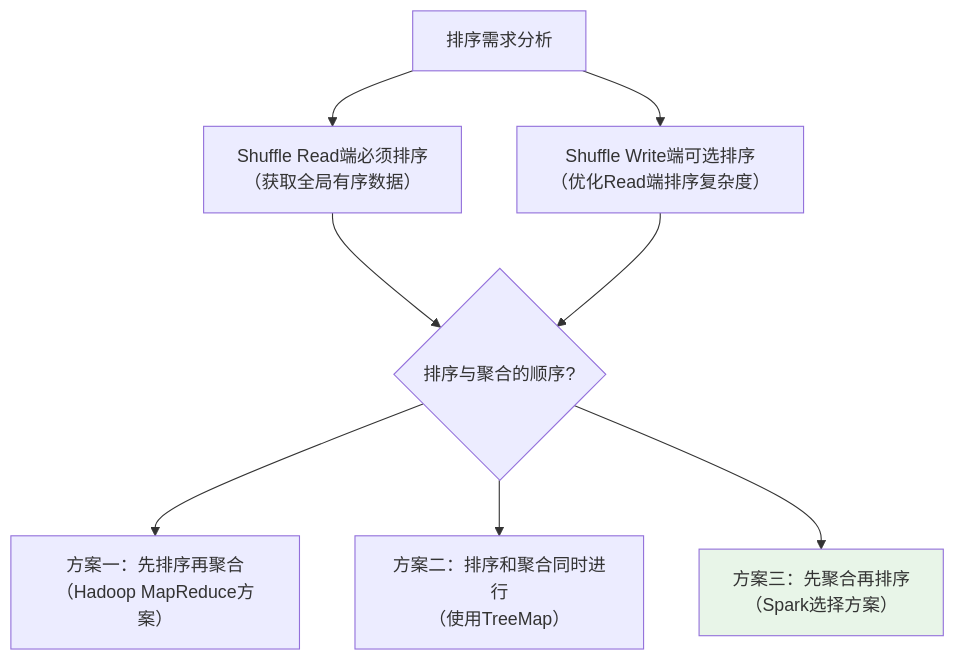
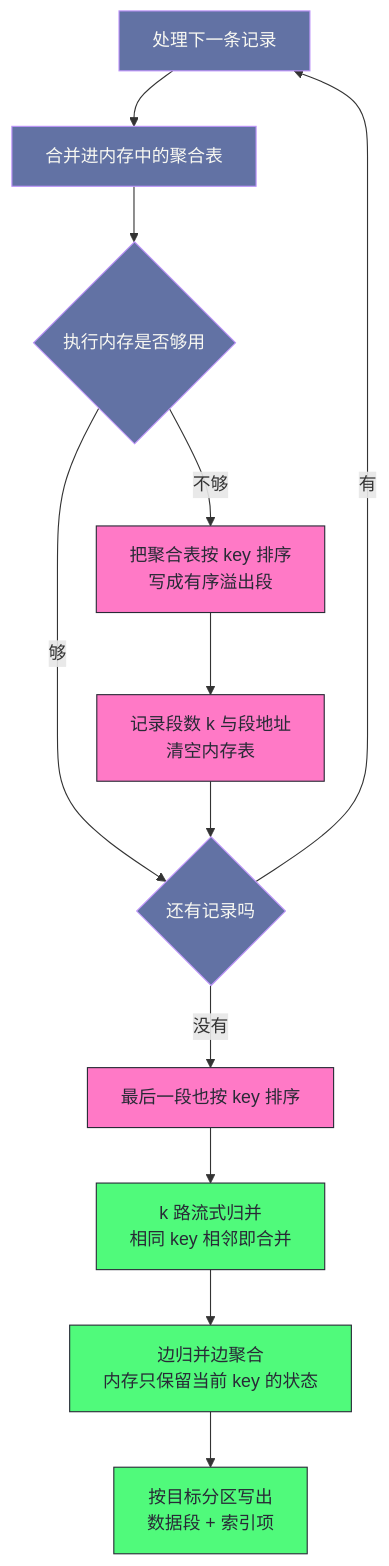
Before and after one commit to hpliStartAgain/my-brain: the fourth of 6 diagrams in content/大数据/Spark/读书笔记-spark内核/05_Shuffle核心机制/1. Spark_Shuffle机制深度解析.md, drawn with Mermaid. The commit also changed other lines of this file and 259 other files, not shown here.

````diff
--- a/content/大数据/Spark/读书笔记-spark内核/05_Shuffle核心机制/1. Spark_Shuffle机制深度解析.md
+++ b/content/大数据/Spark/读书笔记-spark内核/05_Shuffle核心机制/1. Spark_Shuffle机制深度解析.md
@@ -308,14 +343,21 @@
 ```mermaid
+%%{init: {'theme': 'dracula'}}%%
 flowchart TD
-    A["排序需求分析"] --> B["Shuffle Read端必须排序<br>（获取全局有序数据）"]
-    A --> C["Shuffle Write端可选排序<br>（优化Read端排序复杂度）"]
-    
-    B --> D{"排序与聚合的顺序?"}
-    C --> D
-    
-    D --> E["方案一：先排序再聚合<br>（Hadoop MapReduce方案）"]
-    D --> F["方案二：排序和聚合同时进行<br>（使用TreeMap）"]
-    D --> G["方案三：先聚合再排序<br>（Spark选择方案）"]
-    
-    style G fill:#e8f5e8
+    A["处理下一条记录"] --> B["合并进内存中的聚合表"]
+    B --> C{"执行内存是否够用"}
+    C -- "够" --> D{"还有记录吗"}
+    C -- "不够" --> E["把聚合表按 key 排序<br/>写成有序溢出段"]
+    E --> F["记录段数 k 与段地址<br/>清空内存表"]
+    F --> D
+    D -- "有" --> A
+    D -- "没有" --> G["最后一段也按 key 排序"]
+    G --> H["k 路流式归并<br/>相同 key 相邻即合并"]
+    H --> I["边归并边聚合<br/>内存只保留当前 key 的状态"]
+    I --> J["按目标分区写出<br/>数据段 + 索引项"]
+    classDef mem fill:#6272a4,stroke:#bd93f9,color:#f8f8f2
+    classDef disk fill:#ff79c6,stroke:#282a36,color:#282a36
+    classDef merge fill:#50fa7b,stroke:#282a36,color:#282a36
+    class A,B,C,D mem
+    class E,F,G disk
+    class H,I,J merge
 ```
````
